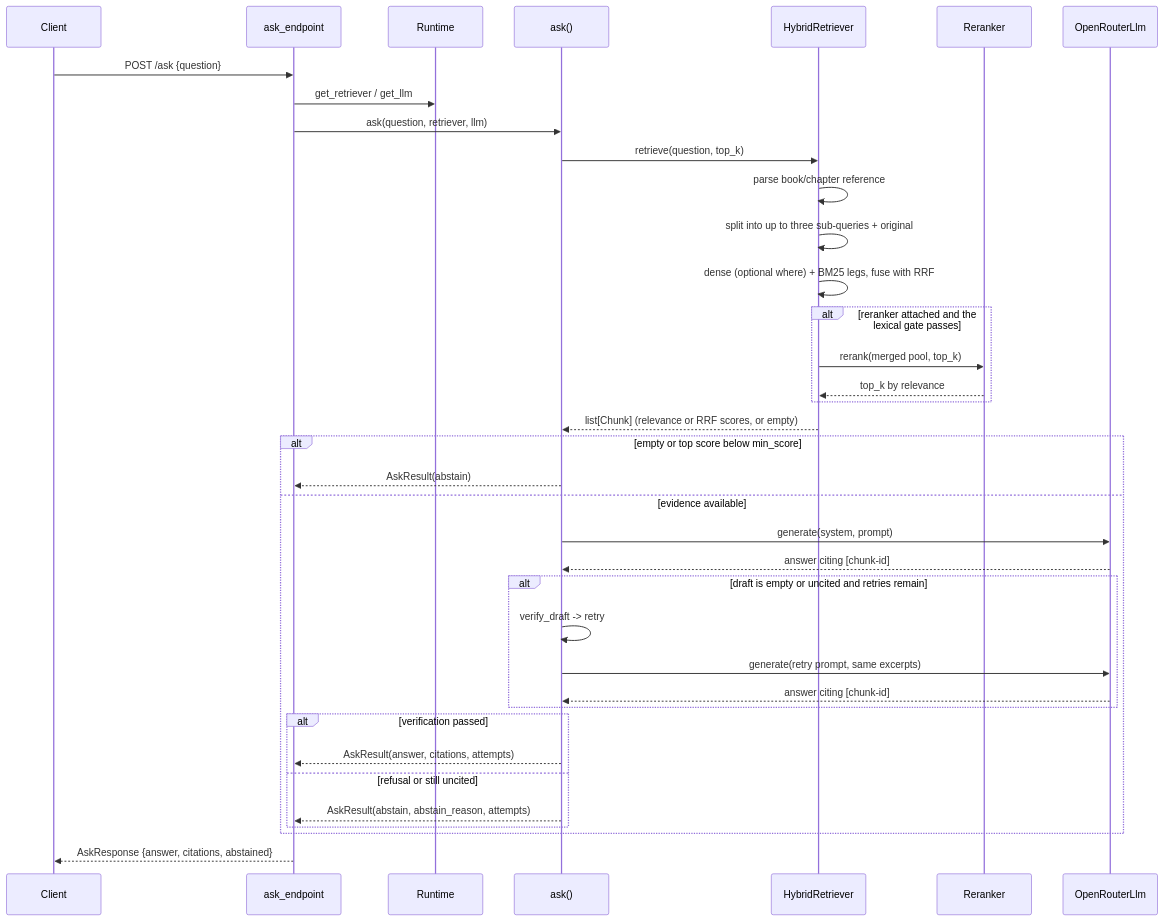
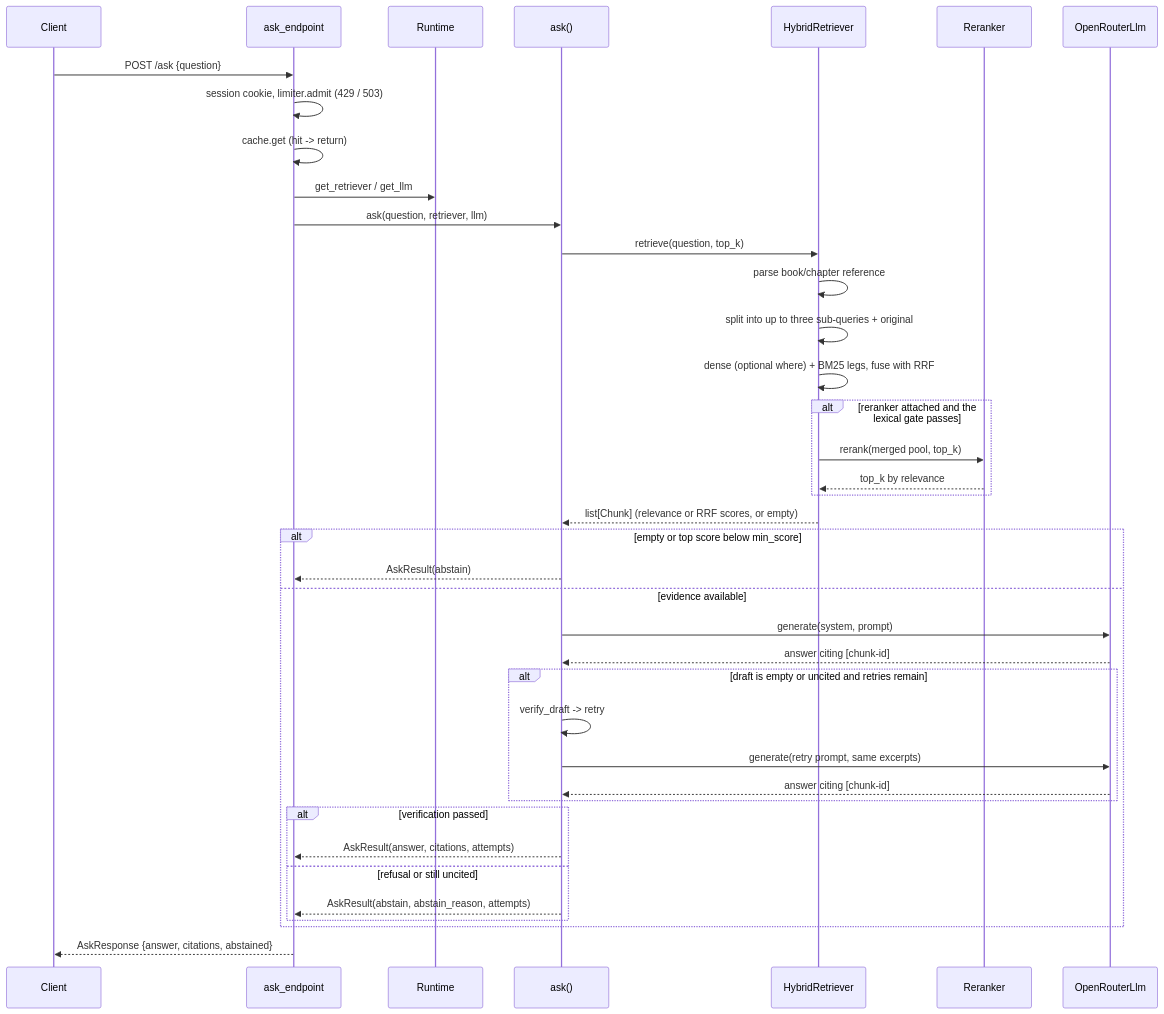
The third of 5 diagrams in docs/architecture.md (monitus2022/owl-online), drawn with Mermaid before and after one commit. The commit also changed other lines of this file and 1 other file, not shown here.

````diff
--- a/docs/architecture.md
+++ b/docs/architecture.md
@@ -162,40 +162,42 @@
 ```mermaid
 sequenceDiagram
   participant C as Client
   participant API as ask_endpoint
   participant R as Runtime
   participant A as ask()
   participant RET as HybridRetriever
   participant RR as Reranker
   participant LLM as OpenRouterLlm
 
   C->>API: POST /ask {question}
+  API->>API: session cookie, limiter.admit (429 / 503)
+  API->>API: cache.get (hit -> return)
   API->>R: get_retriever / get_llm
   API->>A: ask(question, retriever, llm)
   A->>RET: retrieve(question, top_k)
   RET->>RET: parse book/chapter reference
   RET->>RET: split into up to three sub-queries + original
   RET->>RET: dense (optional where) + BM25 legs, fuse with RRF
   alt reranker attached and the lexical gate passes
     RET->>RR: rerank(merged pool, top_k)
     RR-->>RET: top_k by relevance
   end
   RET-->>A: list[Chunk] (relevance or RRF scores, or empty)
   alt empty or top score below min_score
     A-->>API: AskResult(abstain)
   else evidence available
     A->>LLM: generate(system, prompt)
     LLM-->>A: answer citing [chunk-id]
     alt draft is empty or uncited and retries remain
       A->>A: verify_draft -> retry
       A->>LLM: generate(retry prompt, same excerpts)
       LLM-->>A: answer citing [chunk-id]
     end
     alt verification passed
       A-->>API: AskResult(answer, citations, attempts)
     else refusal or still uncited
       A-->>API: AskResult(abstain, abstain_reason, attempts)
     end
   end
   API-->>C: AskResponse {answer, citations, abstained}
 ```
````
